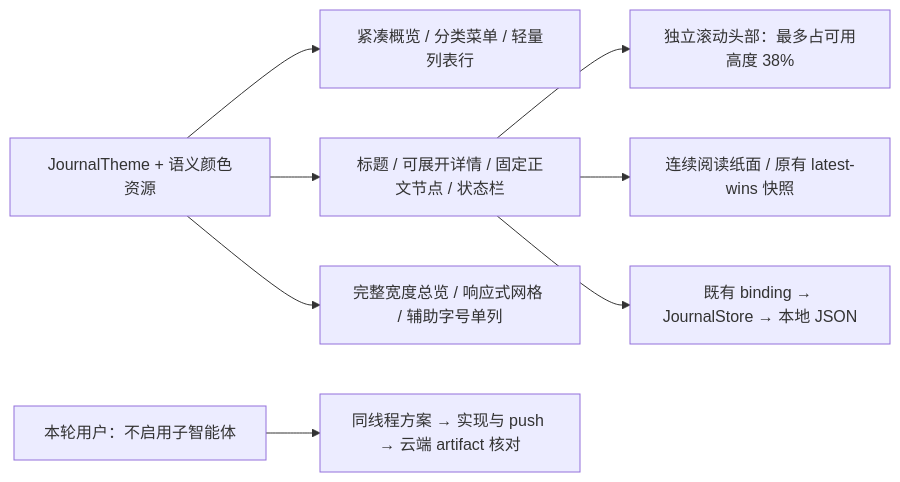
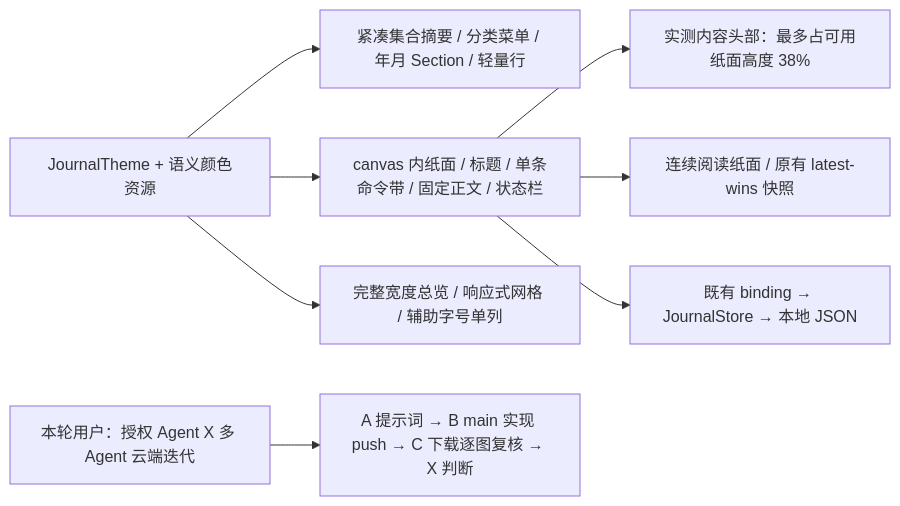
Before and after one commit to Altman-sam114/117: the first of 10 diagrams in md/flow/flowchart.md, drawn with Mermaid. The commit also changed other lines of this file and 17 other files, not shown here.

````diff
--- a/md/flow/flowchart.md
+++ b/md/flow/flowchart.md
@@ -7,10 +7,10 @@
 ```mermaid
 flowchart LR
-  Theme["JournalTheme + 语义颜色资源"] --> Library["紧凑概览 / 分类菜单 / 轻量列表行"]
-  Theme --> Workspace["标题 / 可展开详情 / 固定正文节点 / 状态栏"]
-  Workspace --> Header["独立滚动头部：最多占可用高度 38%"]
+  Theme["JournalTheme + 语义颜色资源"] --> Library["紧凑集合摘要 / 分类菜单 / 年月 Section / 轻量行"]
+  Theme --> Workspace["canvas 内纸面 / 标题 / 单条命令带 / 固定正文 / 状态栏"]
+  Workspace --> Header["实测内容头部：最多占可用纸面高度 38%"]
   Workspace --> Preview["连续阅读纸面 / 原有 latest-wins 快照"]
   Theme --> Stats["完整宽度总览 / 响应式网格 / 辅助字号单列"]
   Workspace --> Binding["既有 binding → JournalStore → 本地 JSON"]
-  User["本轮用户：不启用子智能体"] --> Serial["同线程方案 → 实现与 push → 云端 artifact 核对"]
+  User["本轮用户：授权 Agent X 多 Agent 云端迭代"] --> Agents["A 提示词 → B main 实现 push → C 下载逐图复核 → X 判断"]
 ```
````
